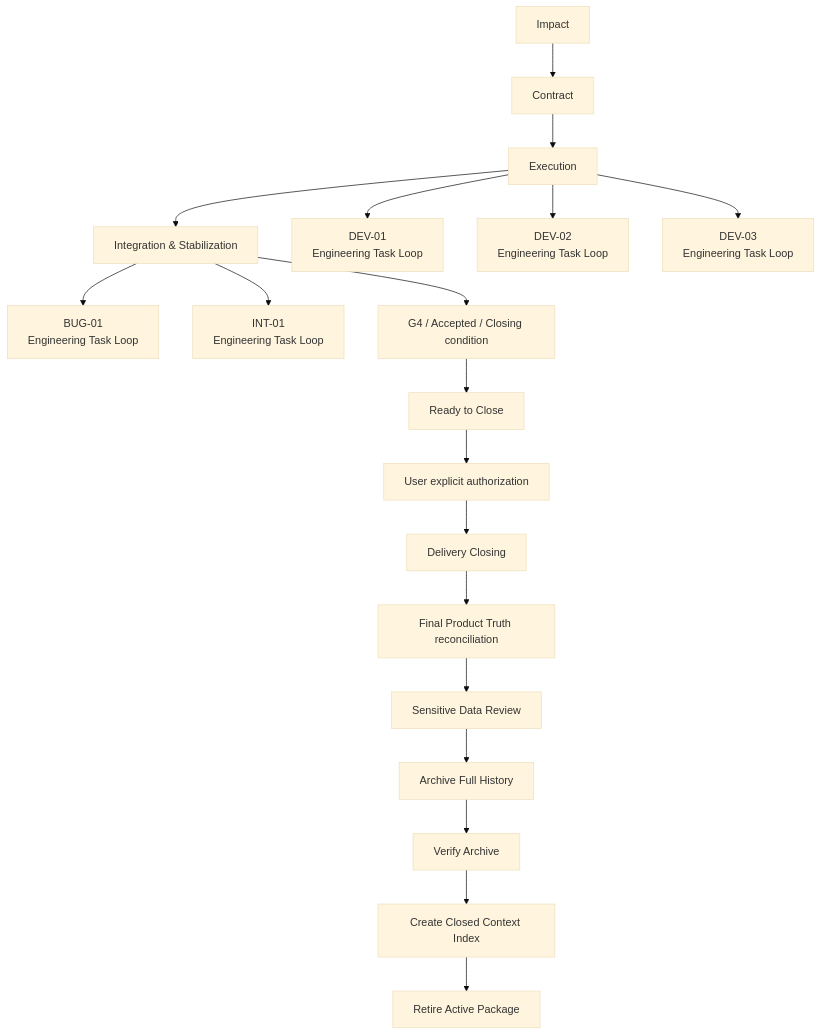
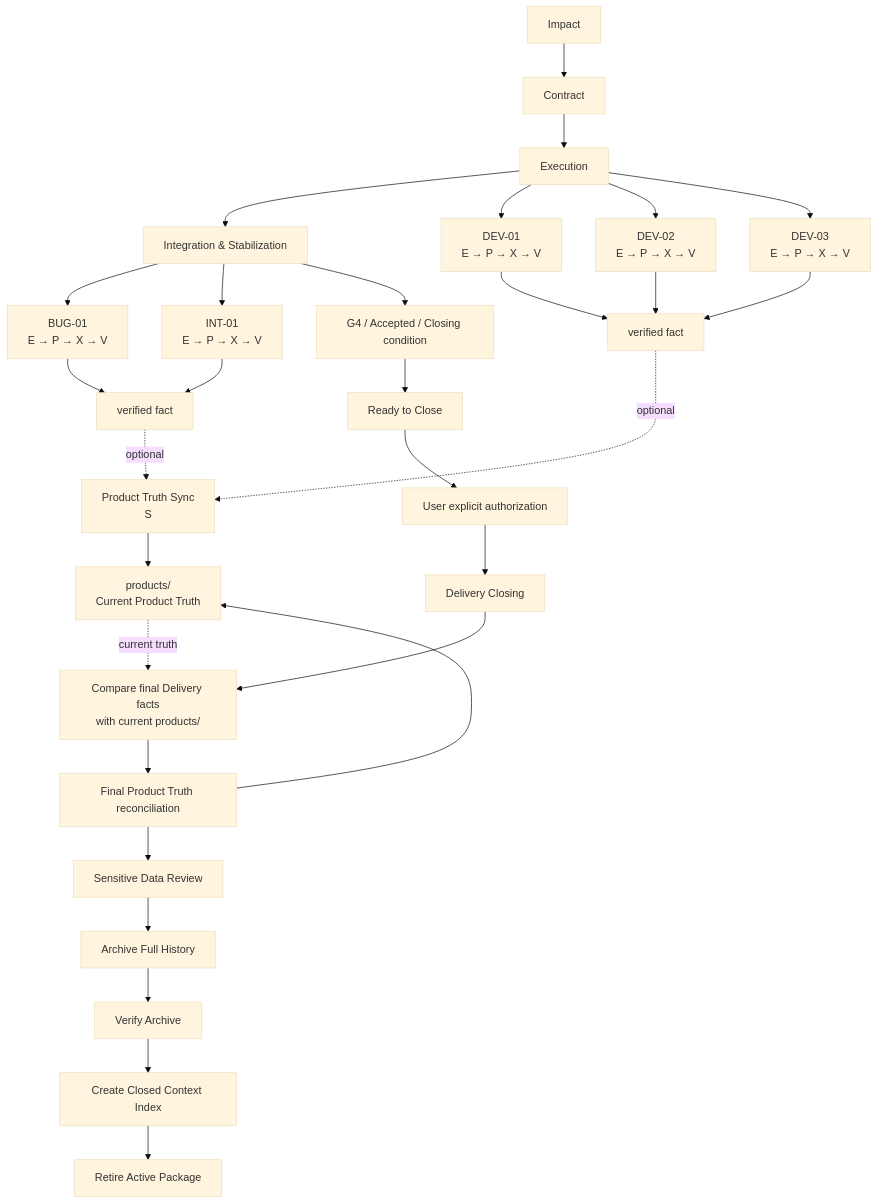
The fifth of 9 diagrams in docs/workflows/engineering-task-loop/README.md (cnxutu/tu-engineering-workbench), drawn with Mermaid (base theme) before and after one commit. The commit also changed other lines of this file and 1 other file, not shown here.

First line of the commit message:
feat(流程图): 更新流程图

````diff
--- a/docs/workflows/engineering-task-loop/README.md
+++ b/docs/workflows/engineering-task-loop/README.md
@@ -300,19 +303,30 @@
 ```mermaid
 flowchart TD
-    I[Impact] --> C[Contract] --> E[Execution] --> S[Integration & Stabilization]
-    E --> D1[DEV-01<br/>Engineering Task Loop]
-    E --> D2[DEV-02<br/>Engineering Task Loop]
-    E --> D3[DEV-03<br/>Engineering Task Loop]
-    S --> B1[BUG-01<br/>Engineering Task Loop]
-    S --> N1[INT-01<br/>Engineering Task Loop]
-    S --> G[G4 / Accepted / Closing condition]
-    G --> R[Ready to Close]
-    R --> U[User explicit authorization]
-    U --> DC[Delivery Closing]
-    DC --> IP[Final Product Truth reconciliation]
-    IP --> SDR[Sensitive Data Review]
-    SDR --> A[Archive Full History]
-    A --> VA[Verify Archive]
-    VA --> CI[Create Closed Context Index]
-    CI --> RA[Retire Active Package]
+    IMPACT[Impact] --> CONTRACT[Contract] --> EXECUTION[Execution] --> STAB[Integration & Stabilization]
+    EXECUTION --> DEV_01[DEV-01<br/>E → P → X → V]
+    EXECUTION --> DEV_02[DEV-02<br/>E → P → X → V]
+    EXECUTION --> DEV_03[DEV-03<br/>E → P → X → V]
+    STAB --> BUG_01[BUG-01<br/>E → P → X → V]
+    STAB --> INT_01[INT-01<br/>E → P → X → V]
+    DEV_01 --> DEV_FACT[verified fact]
+    DEV_02 --> DEV_FACT
+    DEV_03 --> DEV_FACT
+    BUG_01 --> BUG_FACT[verified fact]
+    INT_01 --> BUG_FACT
+    DEV_FACT -. optional .-> SYNC[Product Truth Sync<br/>S]
+    BUG_FACT -. optional .-> SYNC
+    SYNC --> PRODUCTS[products/<br/>Current Product Truth]
+    STAB --> GATE[G4 / Accepted / Closing condition]
+    GATE --> READY[Ready to Close]
+    READY --> AUTH[User explicit authorization]
+    AUTH --> CLOSING[Delivery Closing]
+    CLOSING --> COMPARE[Compare final Delivery facts<br/>with current products/]
+    PRODUCTS -. current truth .-> COMPARE
+    COMPARE --> RECONCILE[Final Product Truth reconciliation]
+    RECONCILE --> PRODUCTS
+    RECONCILE --> SENSITIVE[Sensitive Data Review]
+    SENSITIVE --> ARCHIVE[Archive Full History]
+    ARCHIVE --> VERIFY_ARCHIVE[Verify Archive]
+    VERIFY_ARCHIVE --> CLOSED_INDEX[Create Closed Context Index]
+    CLOSED_INDEX --> RETIRE[Retire Active Package]
 ```
````
